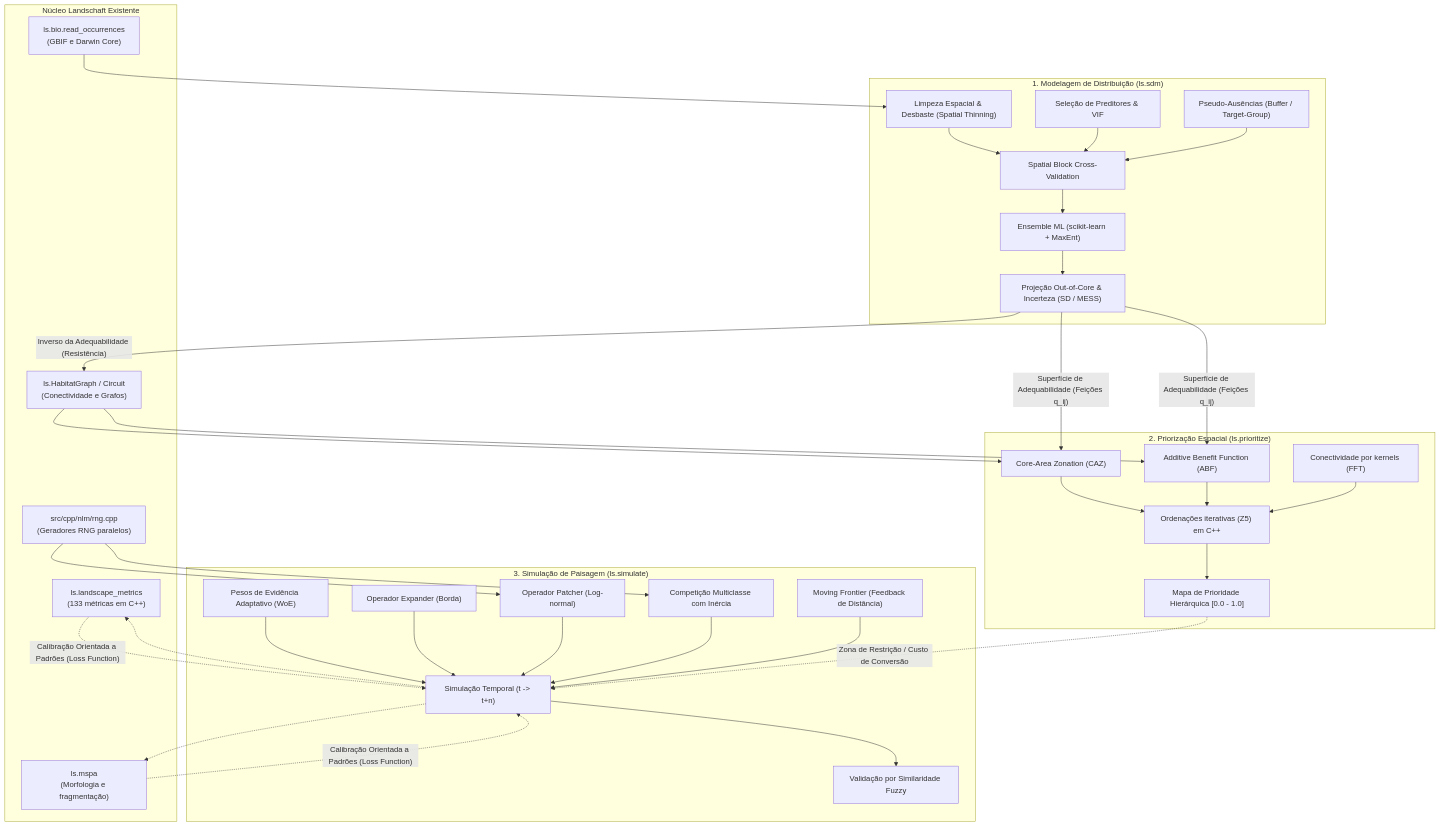
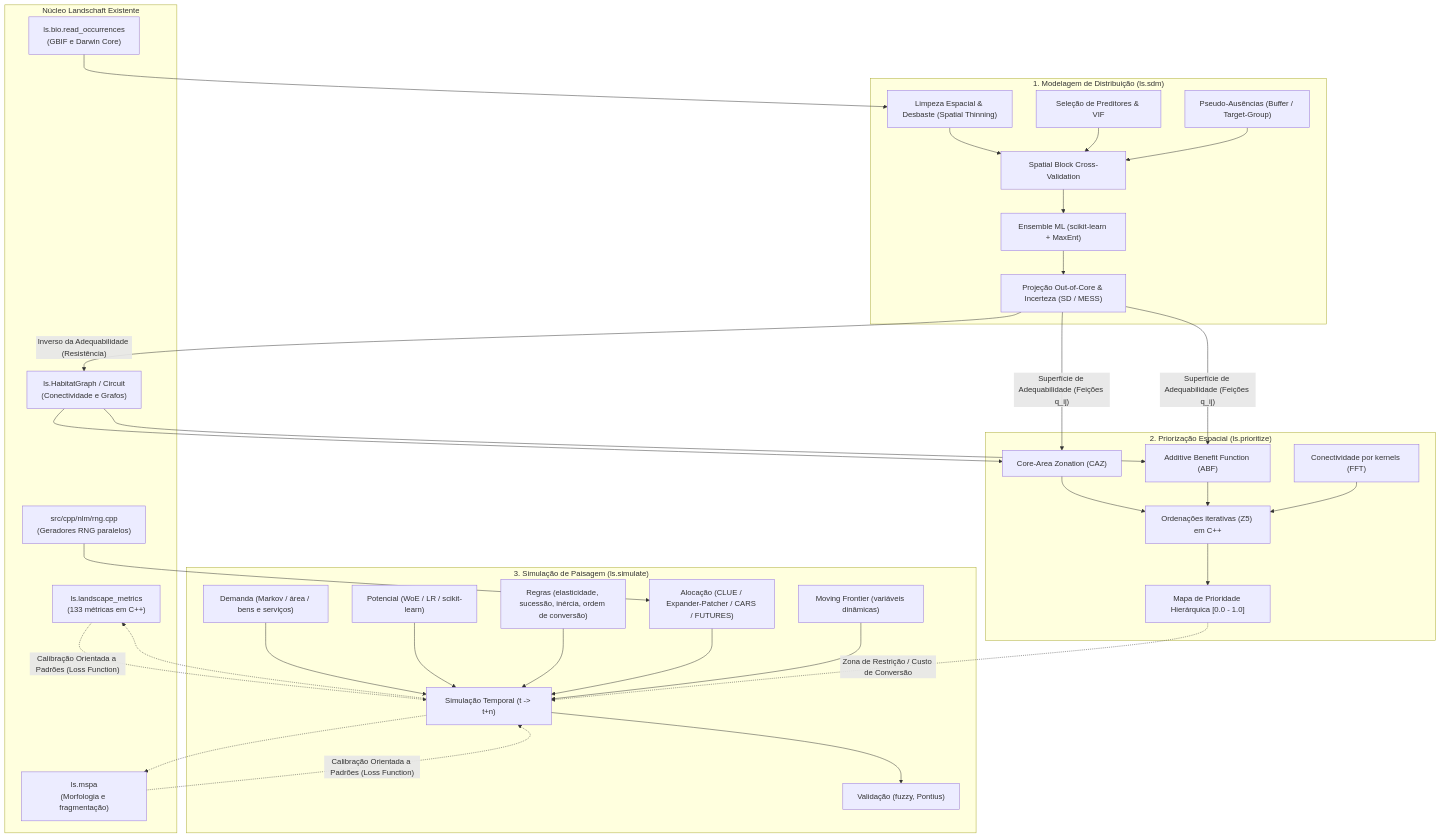
Before and after one commit to sacridini/landschaft: the diagram in IDEAS.md, drawn with Mermaid. The commit also changed other lines of this file, not shown here.

Commit message:
docs(ideas): plan the ls.simulate module (lulcc, CLUMondo, FUTURES, Dinamica, PLUS)

````diff
--- a/IDEAS.md
+++ b/IDEAS.md
@@ -1424,54 +1491,54 @@
 ```mermaid
 flowchart TD
     subgraph landschaft_Core ["Núcleo Landschaft Existente"]
         LSM["ls.landscape_metrics<br>(133 métricas em C++)"]
         MSPA["ls.mspa<br>(Morfologia e fragmentação)"]
         CONN["ls.HabitatGraph / Circuit<br>(Conectividade e Grafos)"]
         RNG["src/cpp/nlm/rng.cpp<br>(Geradores RNG paralelos)"]
         BIO["ls.bio.read_occurrences<br>(GBIF e Darwin Core)"]
     end
 
     subgraph Modulo_SDM ["1. Modelagem de Distribuição (ls.sdm)"]
         CLEAN["Limpeza Espacial & Desbaste (Spatial Thinning)"]
         VIF["Seleção de Preditores & VIF"]
         BG["Pseudo-Ausências (Buffer / Target-Group)"]
         SPAT_CV["Spatial Block Cross-Validation"]
         ENS["Ensemble ML (scikit-learn + MaxEnt)"]
         PROJ["Projeção Out-of-Core & Incerteza (SD / MESS)"]
 
         CLEAN & VIF & BG --> SPAT_CV
         SPAT_CV --> ENS
         ENS --> PROJ
     end
 
     subgraph Modulo_Prioritizacao ["2. Priorização Espacial (ls.prioritize)"]
         CAZ["Core-Area Zonation (CAZ)"]
         ABF["Additive Benefit Function (ABF)"]
         KERN["Conectividade por kernels (FFT)"]
         HEAP["Ordenações iterativas (Z5) em C++"]
 
         CAZ & ABF & KERN --> HEAP
         HEAP --> MAP_PRIO["Mapa de Prioridade Hierárquica [0.0 - 1.0]"]
     end
 
     subgraph Modulo_Simulacao ["3. Simulação de Paisagem (ls.simulate)"]
-        WOE["Pesos de Evidência Adaptativo (WoE)"]
-        CA_EXP["Operador Expander (Borda)"]
-        CA_PAT["Operador Patcher (Log-normal)"]
-        CARS["Competição Multiclasse com Inércia"]
-        MOV_FRONT["Moving Frontier (Feedback de Distância)"]
-        
-        WOE & CA_EXP & CA_PAT & CARS & MOV_FRONT --> SIM_STEP["Simulação Temporal (t -> t+n)"]
-        SIM_STEP --> FUZZY["Validação por Similaridade Fuzzy"]
+        DEM["Demanda (Markov / área / bens e serviços)"]
+        POT["Potencial (WoE / LR / scikit-learn)"]
+        RUL["Regras (elasticidade, sucessão, inércia, ordem de conversão)"]
+        ALO["Alocação (CLUE / Expander-Patcher / CARS / FUTURES)"]
+        MOV_FRONT["Moving Frontier (variáveis dinâmicas)"]
+
+        DEM & POT & RUL & ALO & MOV_FRONT --> SIM_STEP["Simulação Temporal (t -> t+n)"]
+        SIM_STEP --> FUZZY["Validação (fuzzy, Pontius)"]
     end
 
     %% Conexões e Sinergias
     BIO --> CLEAN
     PROJ -->|"Superfície de Adequabilidade (Feições q_ij)"| CAZ & ABF
     PROJ -->|"Inverso da Adequabilidade (Resistência)"| CONN
-    RNG --> CA_PAT & CARS
+    RNG --> ALO
     CONN --> CAZ & ABF
     SIM_STEP -.-> LSM & MSPA
     LSM & MSPA -.->|"Calibração Orientada a Padrões (Loss Function)"| SIM_STEP
     MAP_PRIO -.->|"Zona de Restrição / Custo de Conversão"| SIM_STEP
 ```
````
